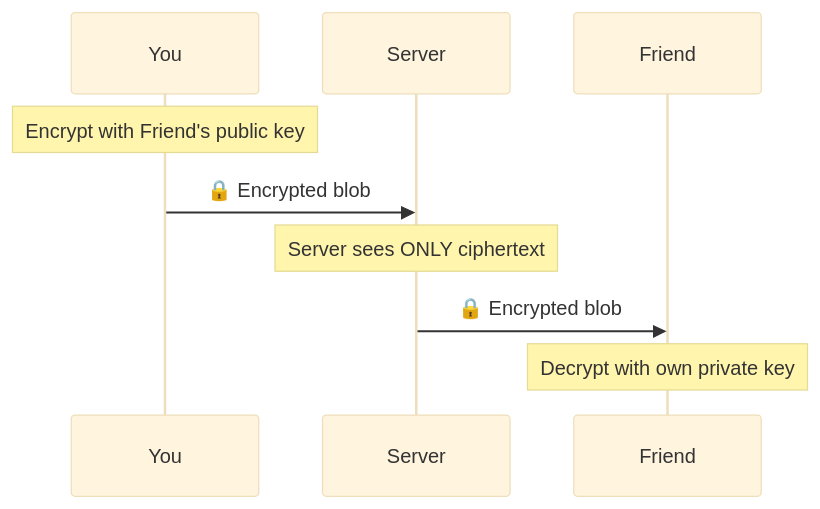
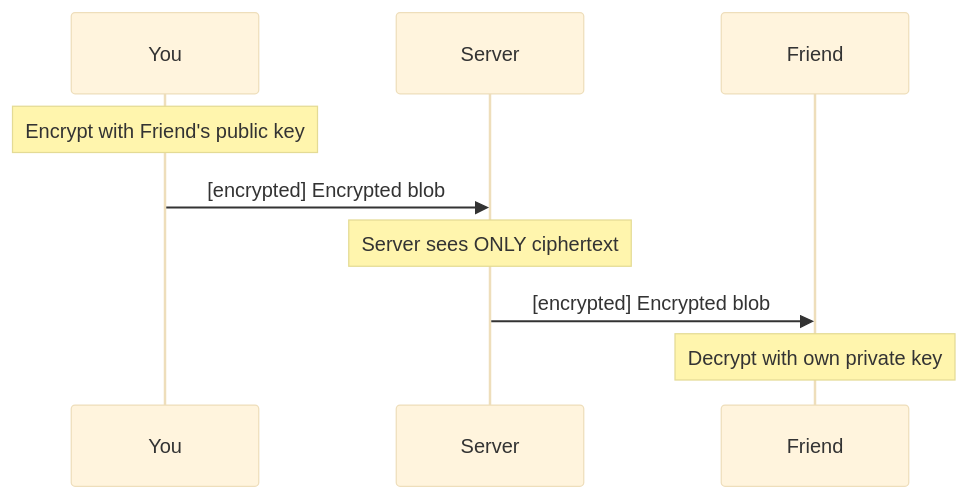
Before and after one commit to dtg-lucifer/piush.in: the second of 8 diagrams in public/articles/2026_04_25_how_whatsapp_secures_your_messages.md, drawn with Mermaid (base theme). The commit also changed other lines of this file and 1 other file, not shown here.

````diff
--- a/public/articles/2026_04_25_how_whatsapp_secures_your_messages.md
+++ b/public/articles/2026_04_25_how_whatsapp_secures_your_messages.md
@@ -91,11 +91,11 @@
 ```mermaid
 sequenceDiagram
     participant You
     participant Server
     participant Friend
     Note over You: Encrypt with Friend's public key
-    You->>Server: 🔒 Encrypted blob
+    You->>Server: [encrypted] Encrypted blob
     Note over Server: Server sees ONLY ciphertext
-    Server->>Friend: 🔒 Encrypted blob
+    Server->>Friend: [encrypted] Encrypted blob
     Note over Friend: Decrypt with own private key
 ```
````
